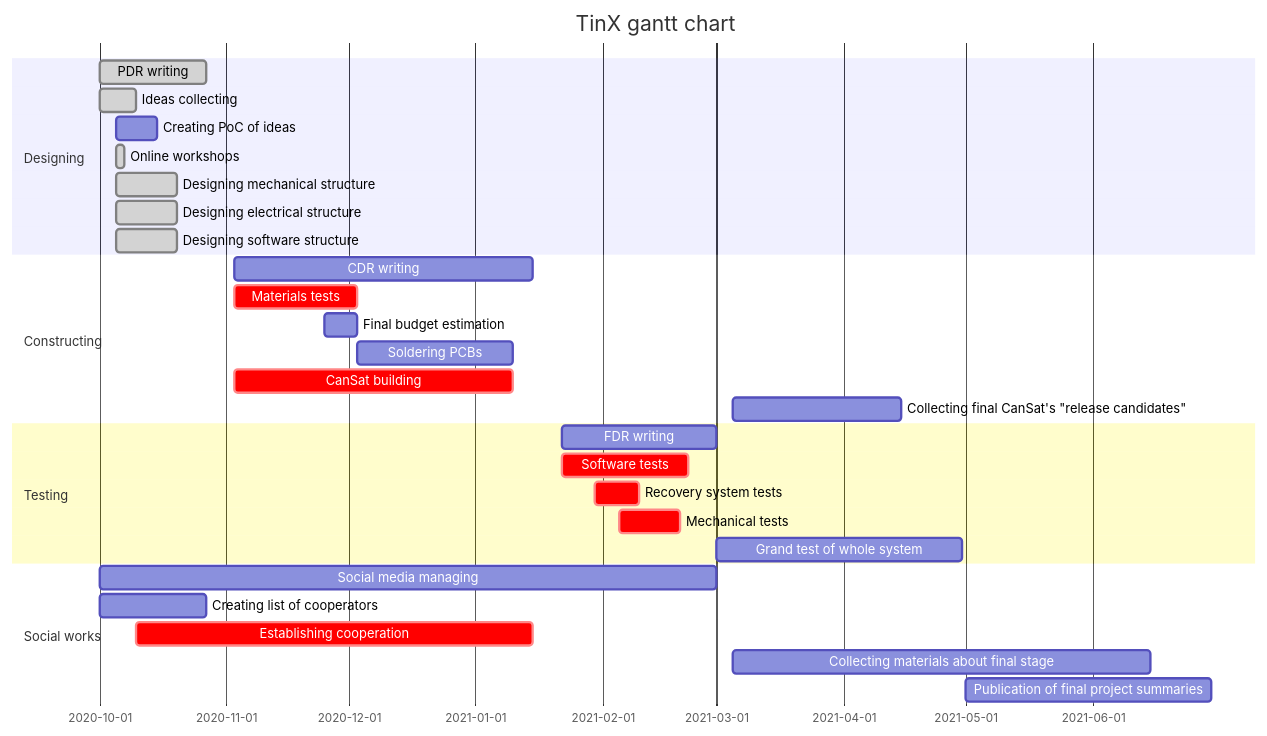
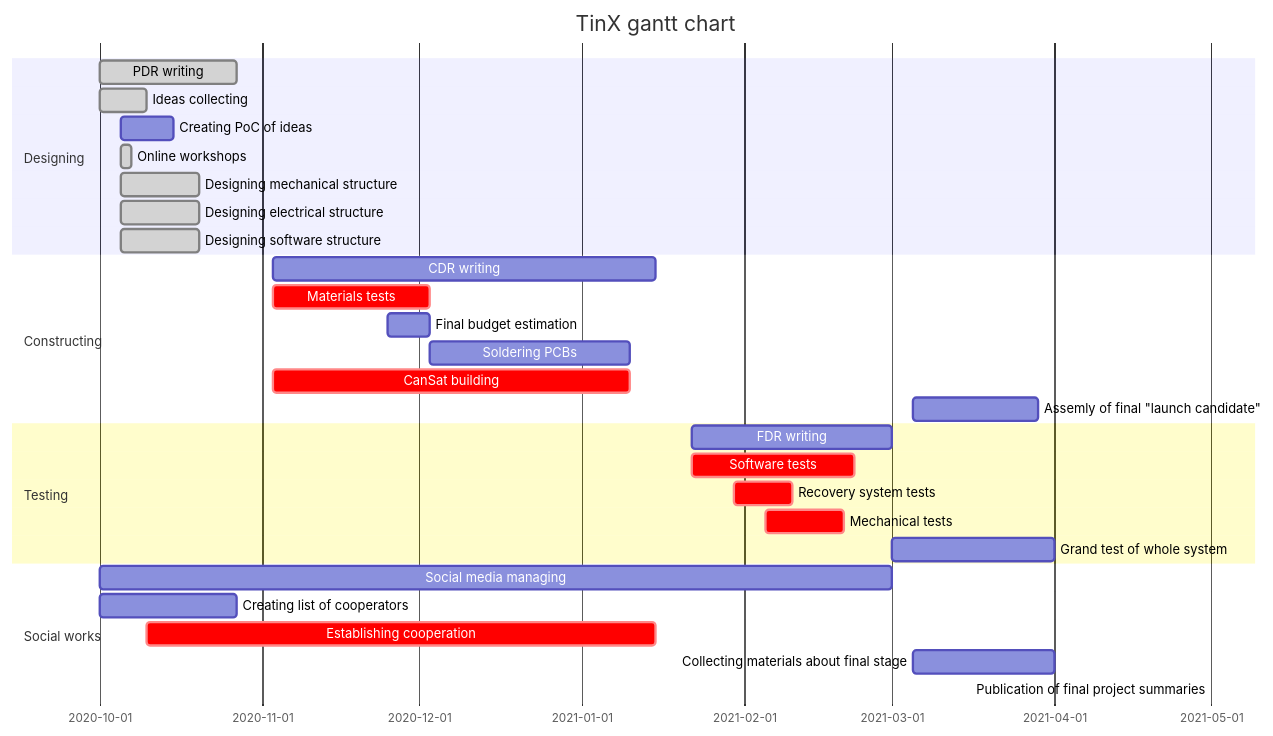
One commit to TinXsat/project-structure changed the diagram in gantt-chart.md. Above: the diagram before and after it, drawn with Mermaid.

````diff
--- a/gantt-chart.md
+++ b/gantt-chart.md
@@ -25,38 +25,38 @@
 ```mermaid
 gantt
     title TinX gantt chart
     dateFormat  YYYY-MM-DD
     
     section Designing
     PDR writing :done, 2020-10-01, 2020-10-27
     Ideas collecting :done, 2020-10-01, 2020-10-10
     Creating PoC of ideas : 2020-10-05, 2020-10-15
     Online workshops :done, 2020-10-05, 2020-10-07
     Designing mechanical structure :done, 2020-10-05, 2020-10-20
     Designing electrical structure :done, 2020-10-05, 2020-10-20
     Designing software structure :done, 2020-10-05, 2020-10-20
     
     section Constructing
     CDR writing : 2020-11-03, 2021-01-15
     Materials tests :crit, 2020-11-03, 2020-12-03
     Final budget estimation : 2020-11-25, 2020-12-03
     Soldering PCBs : 2020-12-03, 2021-01-10
     CanSat building :crit, 2020-11-03, 2021-01-10
-    Collecting final CanSat's "release candidates" :crit 2021-03-05, 2021-04-15
+    Assemly of final "launch candidate" :crit 2021-03-05, 2021-03-29
     
     section Testing 
     FDR writing : 2021-01-22, 2021-03-01
     Software tests :crit, 2021-01-22, 2021-02-22
     Recovery system tests :crit, 2021-01-30, 2021-02-10
     Mechanical tests :crit, 2021-02-05, 2021-02-20
-    Grand test of whole system : 2021-03-01, 2021-04-30
+    Grand test of whole system : 2021-03-01, 2021-04-01
     
     section Social works
     Social media managing : 2020-10-01, 2021-03-01
     Creating list of cooperators : 2020-10-01, 2020-10-27
     Establishing cooperation :crit, 2020-10-10, 2021-01-15
-    Collecting materials about final stage : 2021-03-05, 2021-06-15
-    Publication of final project summaries : 2021-05-01, 2021-06-30
+    Collecting materials about final stage : 2021-03-05, 2021-04-01
+    Publication of final project summaries : 2021-05-01, 2021-05-01
     
     
 ```
````
